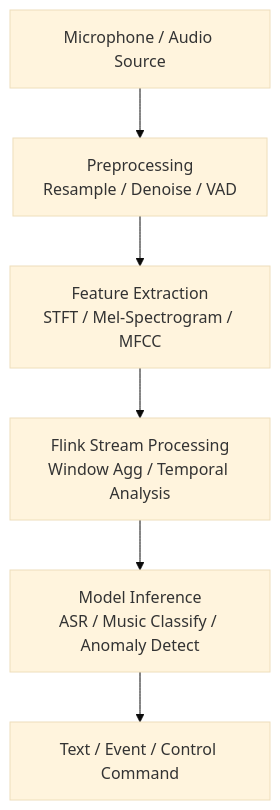
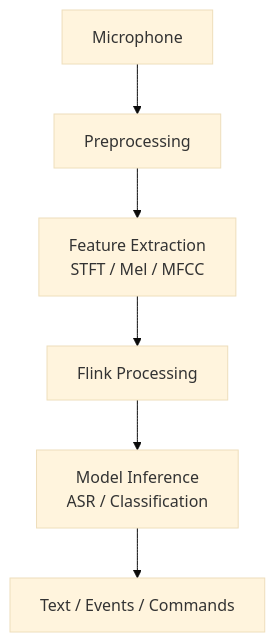
One commit to AdaMartin18010/AnalysisDataFlow changed the diagram in en/audio-stream-processing.md. Above: the diagram before and after it, drawn with Mermaid (base theme). The commit also changed other lines of this file and 38 other files, not shown here.

````diff
--- a/en/audio-stream-processing.md
+++ b/en/audio-stream-processing.md
@@ -37,8 +50,8 @@
 ```mermaid
 graph TB
-    Mic[Microphone / Audio Source] --> Pre[Preprocessing<br/>Resample / Denoise / VAD]
-    Pre --> Feature[Feature Extraction<br/>STFT / Mel-Spectrogram / MFCC]
-    Feature --> Flink[Flink Stream Processing<br/>Window Agg / Temporal Analysis]
-    Flink --> Model[Model Inference<br/>ASR / Music Classify / Anomaly Detect]
-    Model --> Output[Text / Event / Control Command]
+    Mic[Microphone] --> Pre[Preprocessing]
+    Pre --> Feature[Feature Extraction<br/>STFT / Mel / MFCC]
+    Feature --> Flink[Flink Processing]
+    Flink --> Model[Model Inference<br/>ASR / Classification]
+    Model --> Output[Text / Events / Commands]
 ```
````
